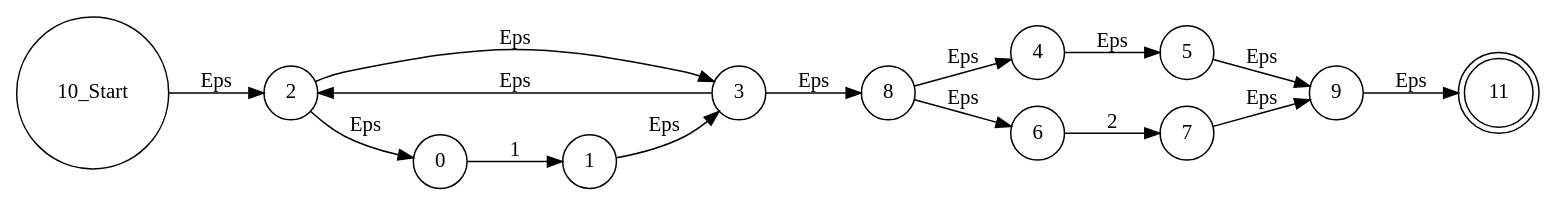
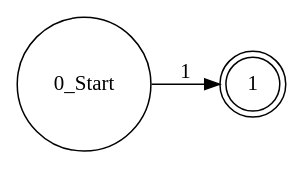
The diagram in src/Interpreter/data/AstToDotA.dot (vnmsklnk/Interpreter-RegEx), drawn with Graphviz before and after one commit. The commit also changed 9 other files, not shown here.

```diff
--- a/src/Interpreter/data/AstToDotA.dot
+++ b/src/Interpreter/data/AstToDotA.dot
@@ -1,35 +1,9 @@
 digraph nfa
 {
 rankdir = LR
 node [shape = circle];
-10[shape = circle, label = "10_Start"]
+0[shape = circle, label = "0_Start"]
 0 -> 1 [label = "1"]
 
-1 -> 3 [label = "Eps"]
-
-2 -> 0 [label = "Eps"]
-
-2 -> 3 [label = "Eps"]
-
-3 -> 2 [label = "Eps"]
-
-4 -> 5 [label = "Eps"]
-
-6 -> 7 [label = "2"]
-
-3 -> 8 [label = "Eps"]
-
-5 -> 9 [label = "Eps"]
-
-7 -> 9 [label = "Eps"]
-
-10 -> 2 [label = "Eps"]
-
-8 -> 4 [label = "Eps"]
-
-8 -> 6 [label = "Eps"]
-
-9 -> 11 [label = "Eps"]
-
-11[shape = doublecircle]
+1[shape = doublecircle]
 }
```
